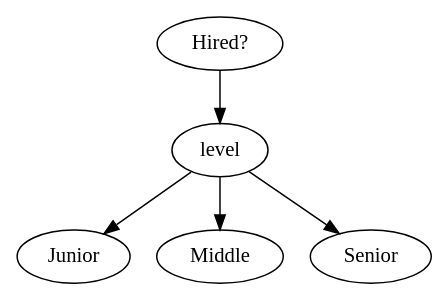
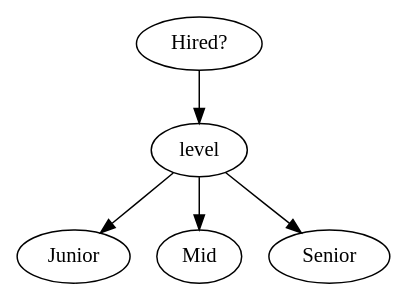
One commit to ramirezr69/uhd-data-mining-decision-tree changed the diagram in test-output/decision-tree.gv. Above: the diagram before and after it, drawn with Graphviz. The commit also changed 3 other files, not shown here.

```diff
--- a/test-output/decision-tree.gv
+++ b/test-output/decision-tree.gv
@@ -1,12 +1,12 @@
 // The Decision Tree
 digraph {
 	A [label="Hired?"]
 	B [label=level]
 	C [label=Junior]
-	D [label=Middle]
+		B -> C
+	D [label=Mid]
+		B -> D
 	E [label=Senior]
+		B -> E
 		A -> B
-		B -> C
-		B -> D
-		B -> E
 }
```
